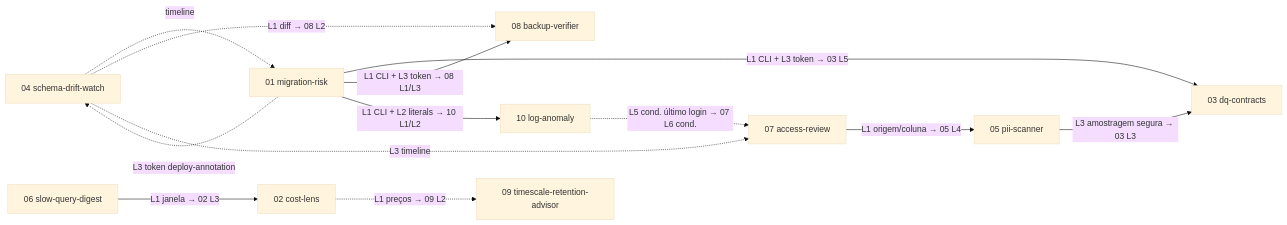
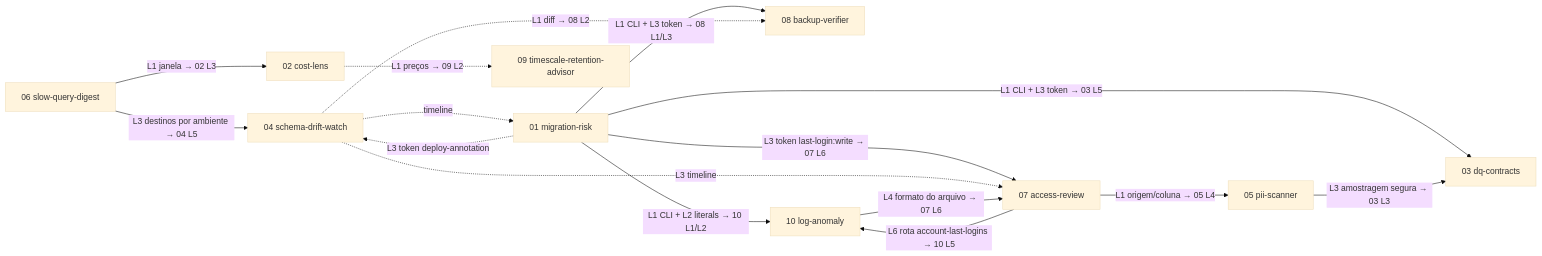
The diagram in docs/plan/README.md (mayconmendes-qc/db-auditor), drawn with Mermaid (base theme) before and after one commit. The commit also changed other lines of this file and 22 other files, not shown here.

````diff
--- a/docs/plan/README.md
+++ b/docs/plan/README.md
@@ -33,15 +42,18 @@
 ```mermaid
 graph LR
   S06[06 slow-query-digest] -->|L1 janela → 02 L3| S02[02 cost-lens]
-  S04[04 schema-drift-watch] -.->|timeline| S01[01 migration-risk]
+  S06 -->|L3 destinos por ambiente → 04 L5| S04[04 schema-drift-watch]
+  S04 -.->|timeline| S01[01 migration-risk]
   S01 -.->|L3 token deploy-annotation| S04
   S01 -->|L1 CLI + L3 token → 03 L5| S03[03 dq-contracts]
   S01 -->|L1 CLI + L3 token → 08 L1/L3| S08[08 backup-verifier]
   S01 -->|L1 CLI + L2 literals → 10 L1/L2| S10[10 log-anomaly]
-  S07[07 access-review] -->|L1 origem/coluna → 05 L4| S05[05 pii-scanner]
+  S01 -->|L3 token last-login:write → 07 L6| S07[07 access-review]
+  S07 -->|L1 origem/coluna → 05 L4| S05[05 pii-scanner]
   S05 -->|L3 amostragem segura → 03 L3| S03
   S02 -.->|L1 preços → 09 L2| S09[09 timescale-retention-advisor]
   S04 -.->|L1 diff → 08 L2| S08
   S04 -.->|L3 timeline| S07
-  S10 -.->|L5 cond. último login → 07 L6 cond.| S07
+  S10 -->|L4 formato do arquivo → 07 L6| S07
+  S07 -->|L6 rota account-last-logins → 10 L5| S10
 ```
````
